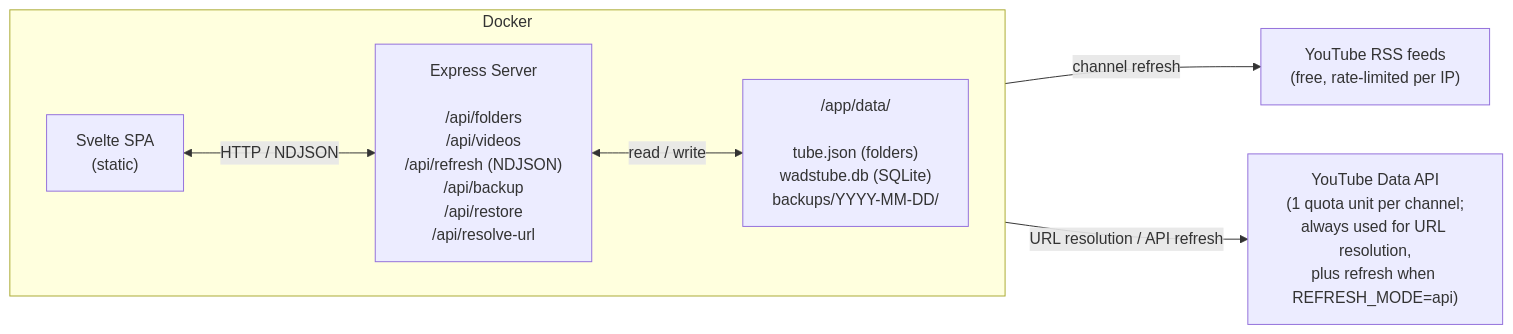
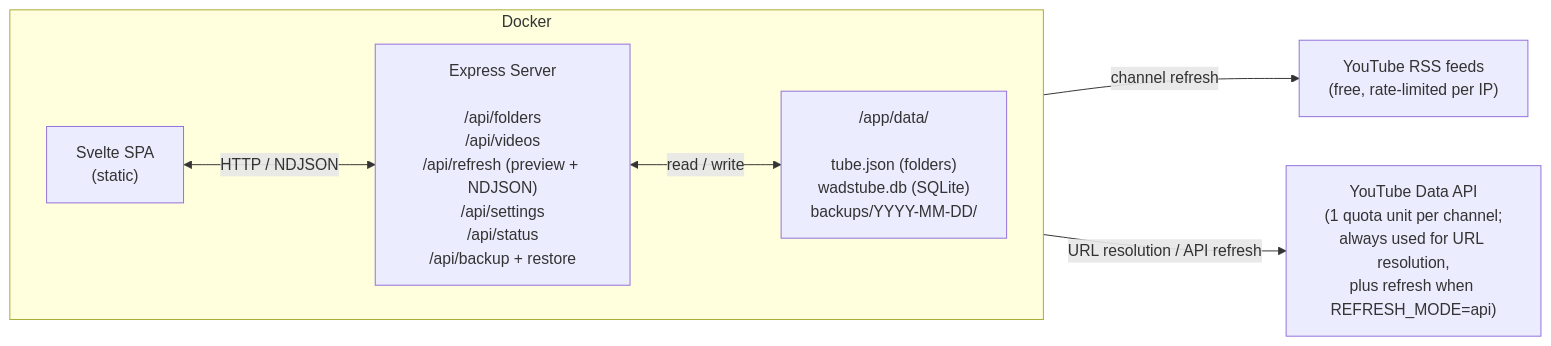
One commit to runty/wadstube changed the first of 2 diagrams in README.md. Above: the diagram before and after it, drawn with Mermaid. The commit also changed other lines of this file and 39 other files, not shown here.

````diff
--- a/README.md
+++ b/README.md
@@ -91,18 +115,18 @@
 ```mermaid
 flowchart LR
     subgraph docker["Docker"]
         direction LR
         spa["Svelte SPA<br/>(static)"]
-        server["Express Server<br/><br/>/api/folders<br/>/api/videos<br/>/api/refresh (NDJSON)<br/>/api/backup<br/>/api/restore<br/>/api/resolve-url"]
+        server["Express Server<br/><br/>/api/folders<br/>/api/videos<br/>/api/refresh (preview + NDJSON)<br/>/api/settings<br/>/api/status<br/>/api/backup + restore"]
         data["/app/data/<br/><br/>tube.json (folders)<br/>wadstube.db (SQLite)<br/>backups/YYYY-MM-DD/"]
 
         spa <-->|"HTTP / NDJSON"| server
         server <-->|"read / write"| data
     end
 
     rss["YouTube RSS feeds<br/>(free, rate-limited per IP)"]
     api["YouTube Data API<br/>(1 quota unit per channel;<br/>always used for URL resolution,<br/>plus refresh when REFRESH_MODE=api)"]
 
     server -->|"channel refresh"| rss
     server -->|"URL resolution / API refresh"| api
 ```
````
